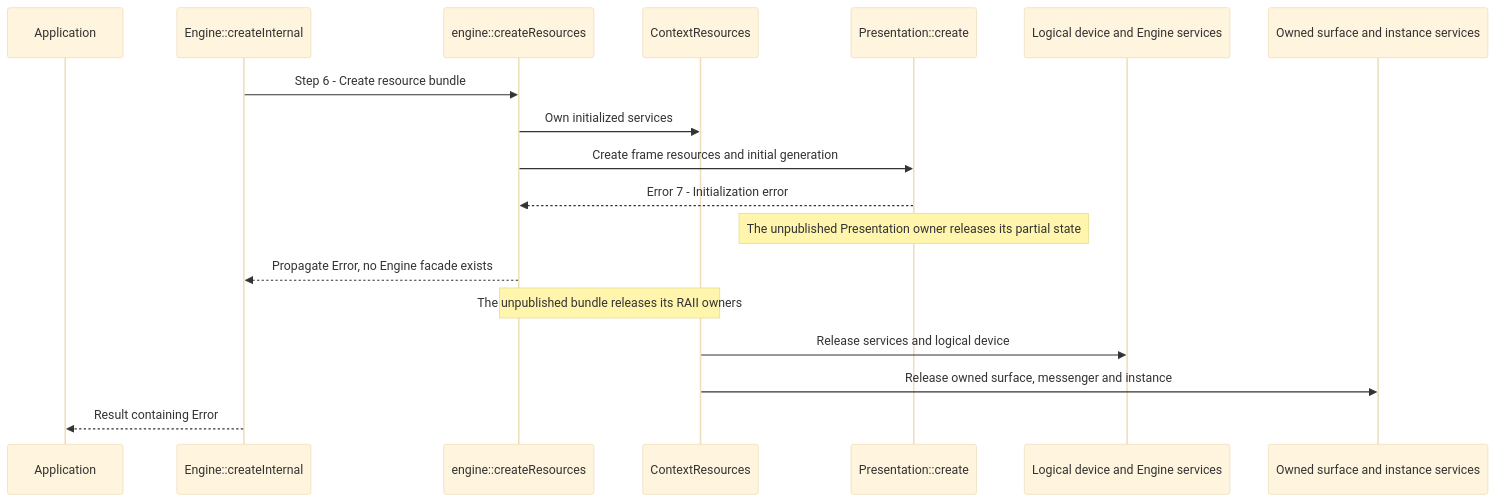
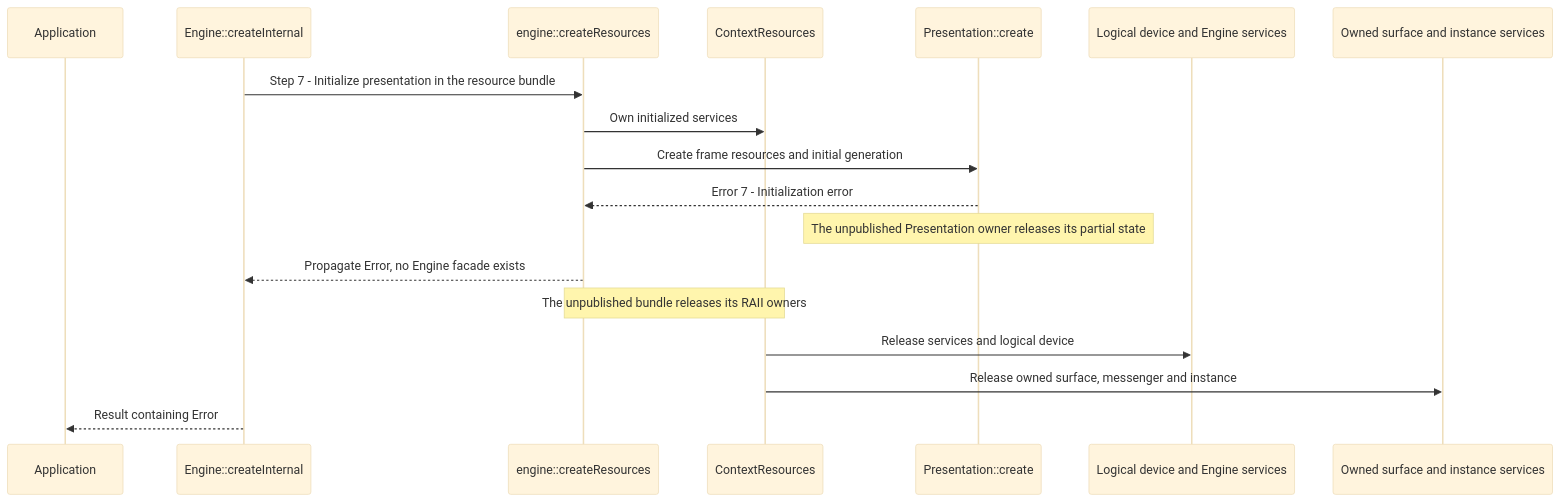
The third of 3 diagrams in docs/use-cases/create-context.md (a-soltysik/Panda), drawn with Mermaid (base theme) before and after one commit. The commit also changed other lines of this file and 40 other files, not shown here.

````diff
--- a/docs/use-cases/create-context.md
+++ b/docs/use-cases/create-context.md
@@ -214,20 +223,20 @@
 ```mermaid
 sequenceDiagram
     participant A as Application
     participant C as Engine::createInternal
     participant F as engine::createResources
     participant R as ContextResources
     participant P as Presentation::create
     participant D as Logical device and Engine services
     participant S as Owned surface and instance services
-    C->>F: Step 6 - Create resource bundle
+    C->>F: Step 7 - Initialize presentation in the resource bundle
     F->>R: Own initialized services
     F->>P: Create frame resources and initial generation
     P-->>F: Error 7 - Initialization error
     Note over P: The unpublished Presentation owner releases its partial state
     F-->>C: Propagate Error, no Engine facade exists
     Note over F,R: The unpublished bundle releases its RAII owners
     R->>D: Release services and logical device
     R->>S: Release owned surface, messenger and instance
     C-->>A: Result containing Error
 ```
````
